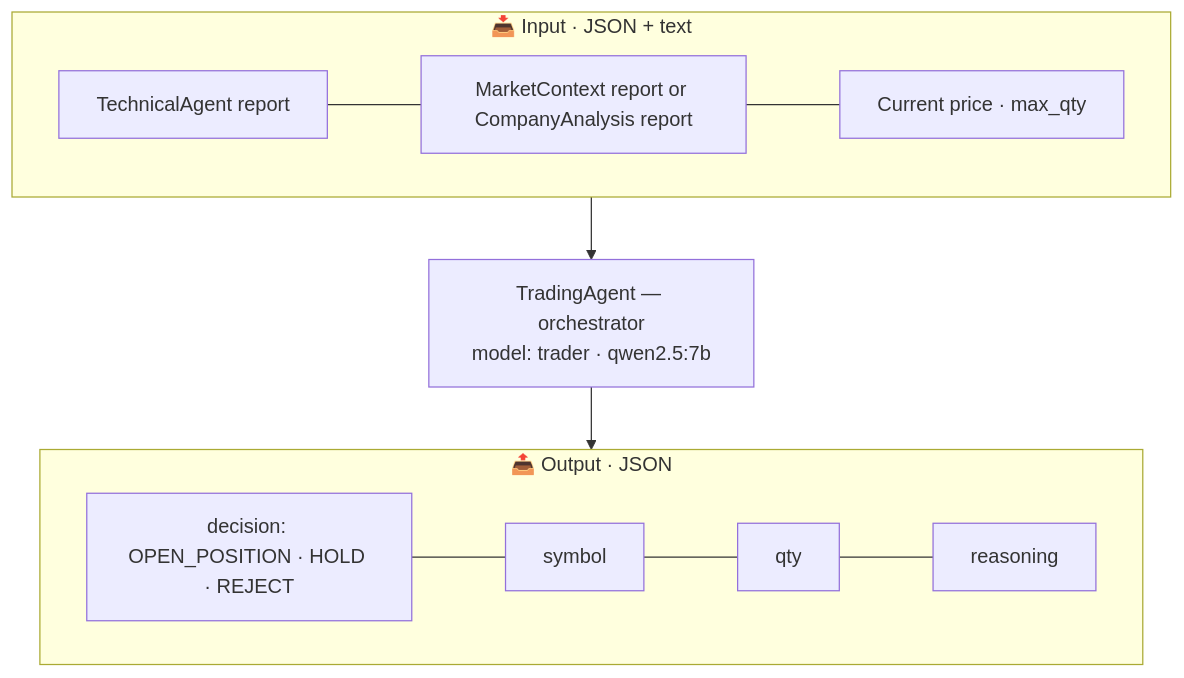
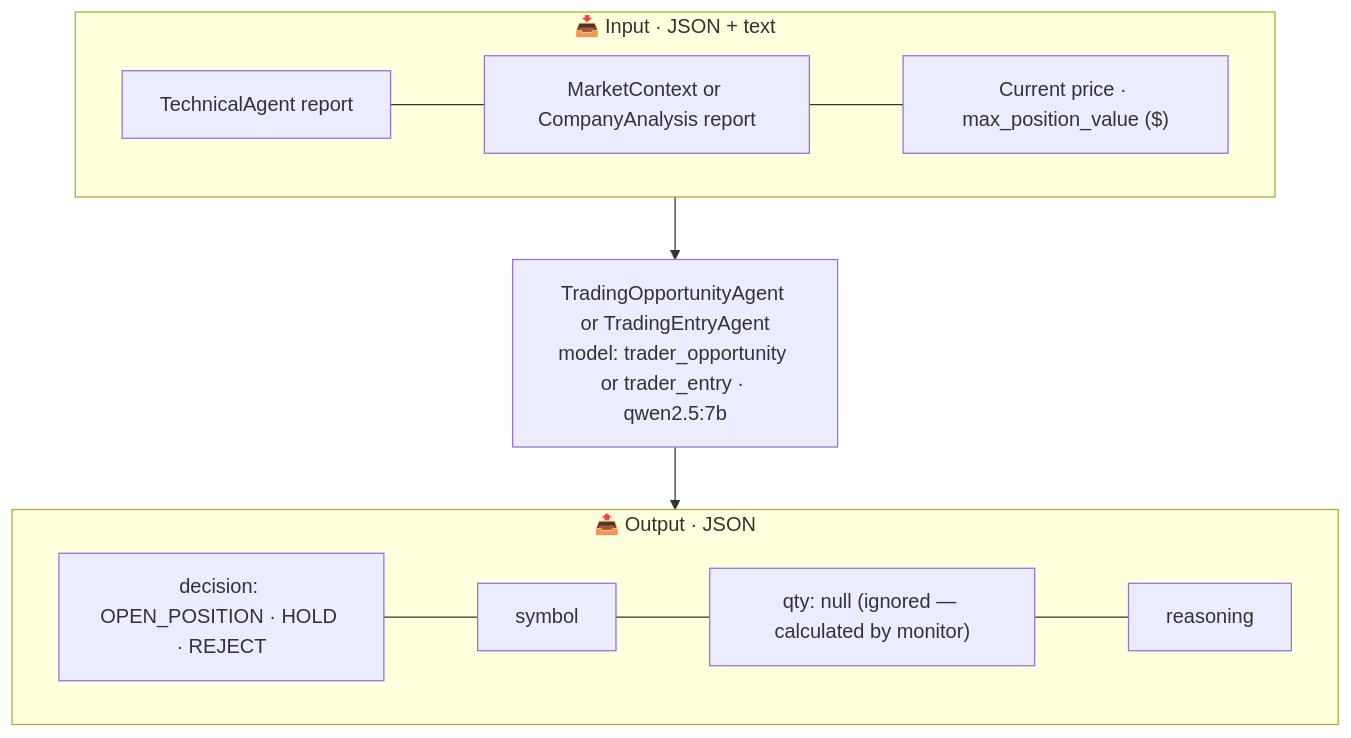
Before and after one commit to juandgm13/Trading-AI-Agent: the sixth of 6 diagrams in docs/architecture.md, drawn with Mermaid. The commit also changed other lines of this file and 5 other files, not shown here.

````diff
--- a/docs/architecture.md
+++ b/docs/architecture.md
@@ -152,19 +167,19 @@
 ```mermaid
 flowchart TB
     subgraph IN["📥 Input · JSON + text"]
         I1["TechnicalAgent report"]
-        --- I2["MarketContext report or CompanyAnalysis report"]
-        --- I3["Current price · max_qty"]
+        --- I2["MarketContext or CompanyAnalysis report"]
+        --- I3["Current price · max_position_value ($)"]
     end
 
-    AG["TradingAgent — orchestrator<br/>model: trader · qwen2.5:7b"]
+    AG["TradingOpportunityAgent or TradingEntryAgent<br/>model: trader_opportunity or trader_entry · qwen2.5:7b"]
 
     subgraph OUT["📤 Output · JSON"]
         O1["decision: OPEN_POSITION · HOLD · REJECT"]
         --- O2["symbol"]
-        --- O3["qty"]
+        --- O3["qty: null (ignored — calculated by monitor)"]
         --- O4["reasoning"]
     end
 
     IN --> AG --> OUT
 ```
````
